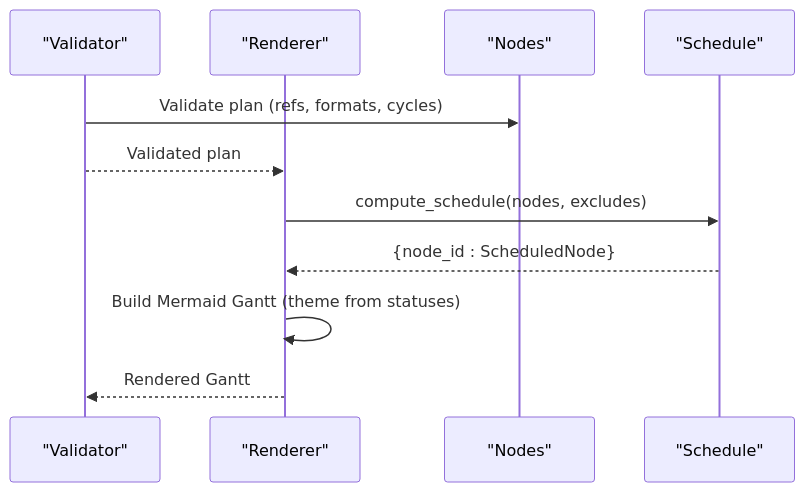
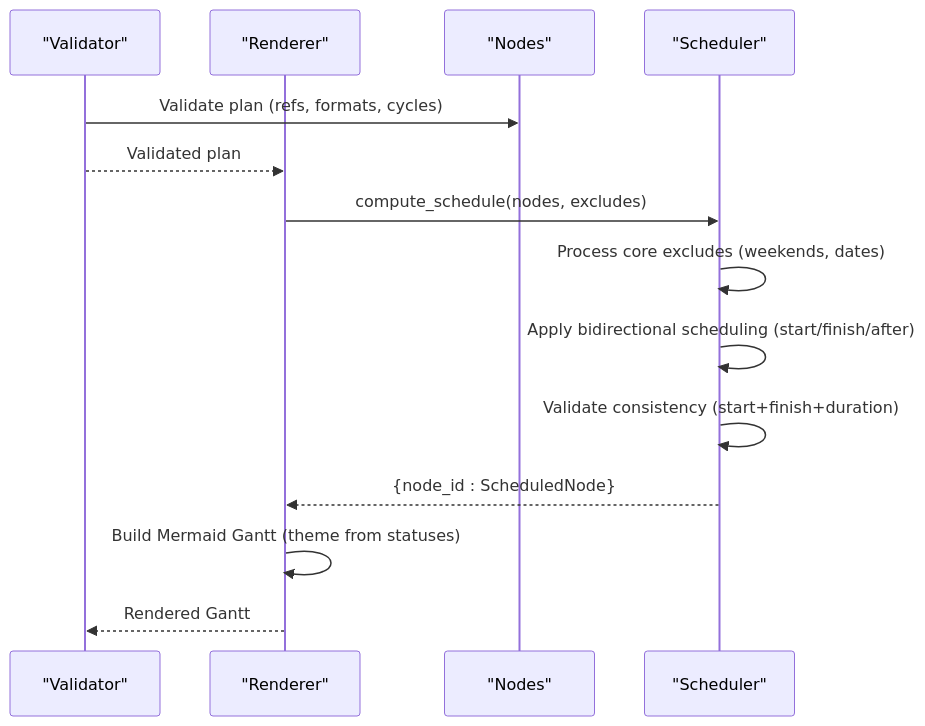
Before and after one commit to asukhodko/opskarta: the eighth of 9 diagrams in .qoder/repowiki/en/content/Specification Reference/Data Models/Data Models.md, drawn with Mermaid. The commit also changed other lines of this file and 7 other files, not shown here.

````diff
--- a/.qoder/repowiki/en/content/Specification Reference/Data Models/Data Models.md
+++ b/.qoder/repowiki/en/content/Specification Reference/Data Models/Data Models.md
@@ -389,13 +481,16 @@
 ```mermaid
 sequenceDiagram
 participant V as "Validator"
 participant R as "Renderer"
 participant N as "Nodes"
-participant S as "Schedule"
+participant S as "Scheduler"
 V->>N : Validate plan (refs, formats, cycles)
 V-->>R : Validated plan
 R->>S : compute_schedule(nodes, excludes)
+S->>S : Process core excludes (weekends, dates)
+S->>S : Apply bidirectional scheduling (start/finish/after)
+S->>S : Validate consistency (start+finish+duration)
 S-->>R : {node_id : ScheduledNode}
 R->>R : Build Mermaid Gantt (theme from statuses)
 R-->>V : Rendered Gantt
 ```
````
